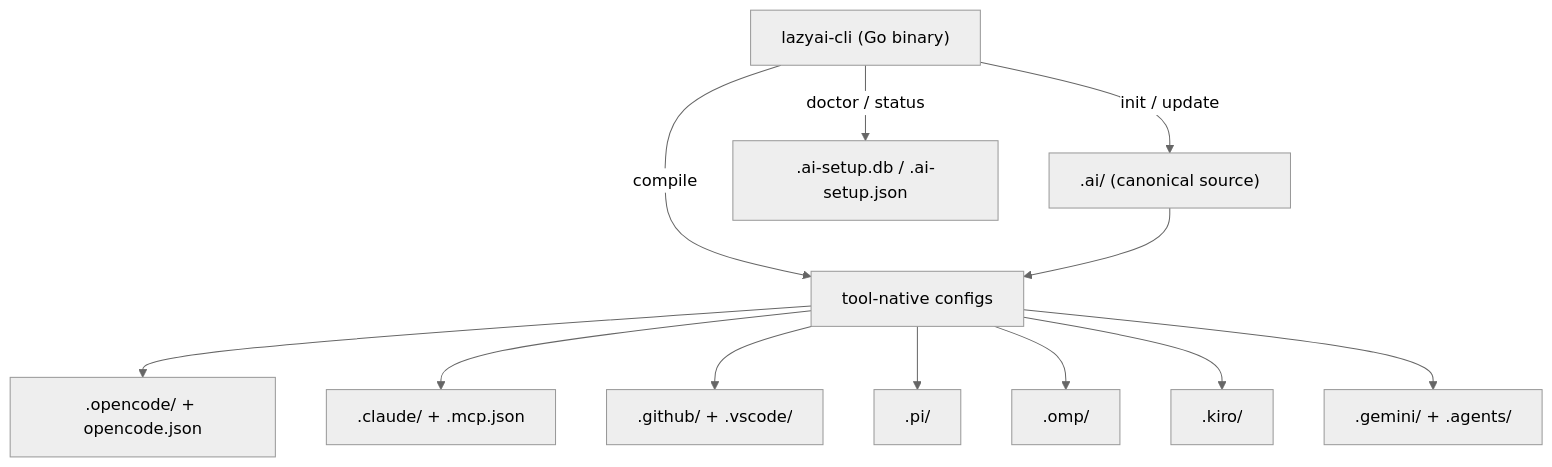
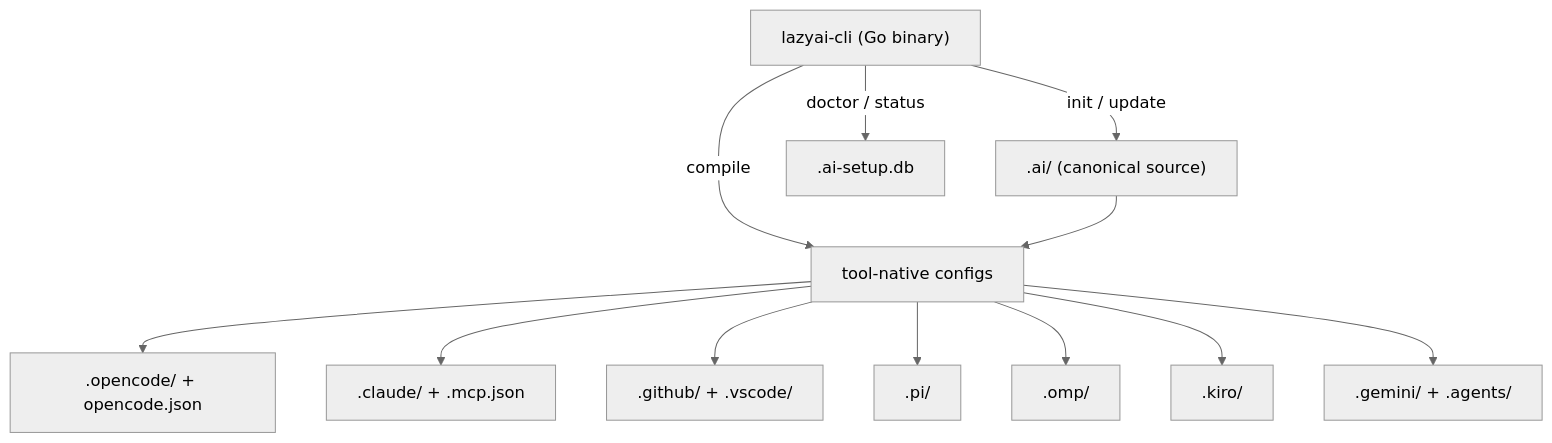
The diagram in docs/index.md (rluisb/lazyai), drawn with Mermaid (neutral theme) before and after one commit. The commit also changed 33 other files, not shown here.

````diff
--- a/docs/index.md
+++ b/docs/index.md
@@ -37,15 +37,15 @@
 ```mermaid
 flowchart TD
     CLI["lazyai-cli (Go binary)"]
     CLI -->|"init / update"| AI[".ai/ (canonical source)"]
     CLI -->|"compile"| TOOLS["tool-native configs"]
     AI --> TOOLS
-    CLI -->|"doctor / status"| DB[".ai-setup.db / .ai-setup.json"]
+    CLI -->|"doctor / status"| DB[".ai-setup.db"]
     TOOLS --> OC[".opencode/ + opencode.json"]
     TOOLS --> CC[".claude/ + .mcp.json"]
     TOOLS --> CP[".github/ + .vscode/"]
     TOOLS --> PI[".pi/"]
     TOOLS --> OMP[".omp/"]
     TOOLS --> KIRO[".kiro/"]
     TOOLS --> AG[".gemini/ + .agents/"]
 ```
````
